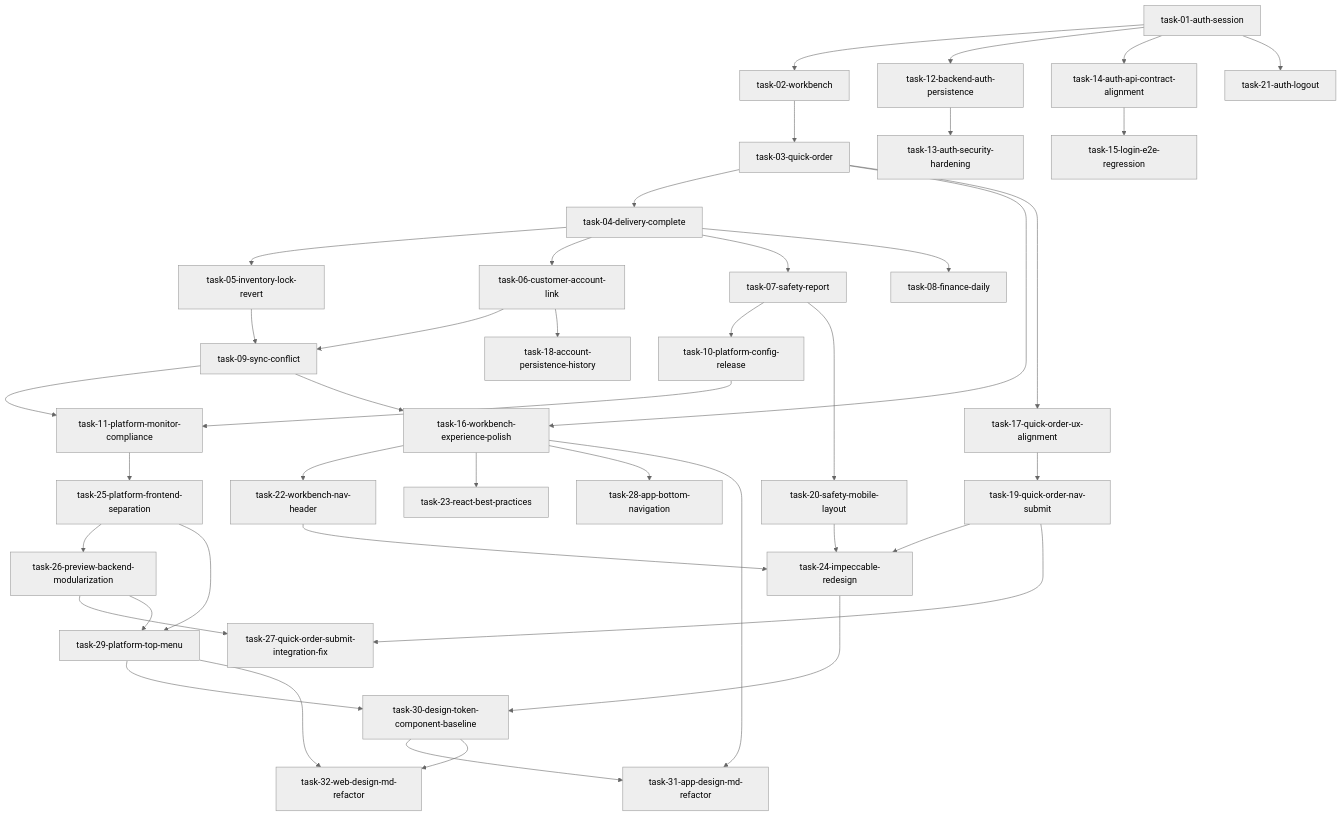
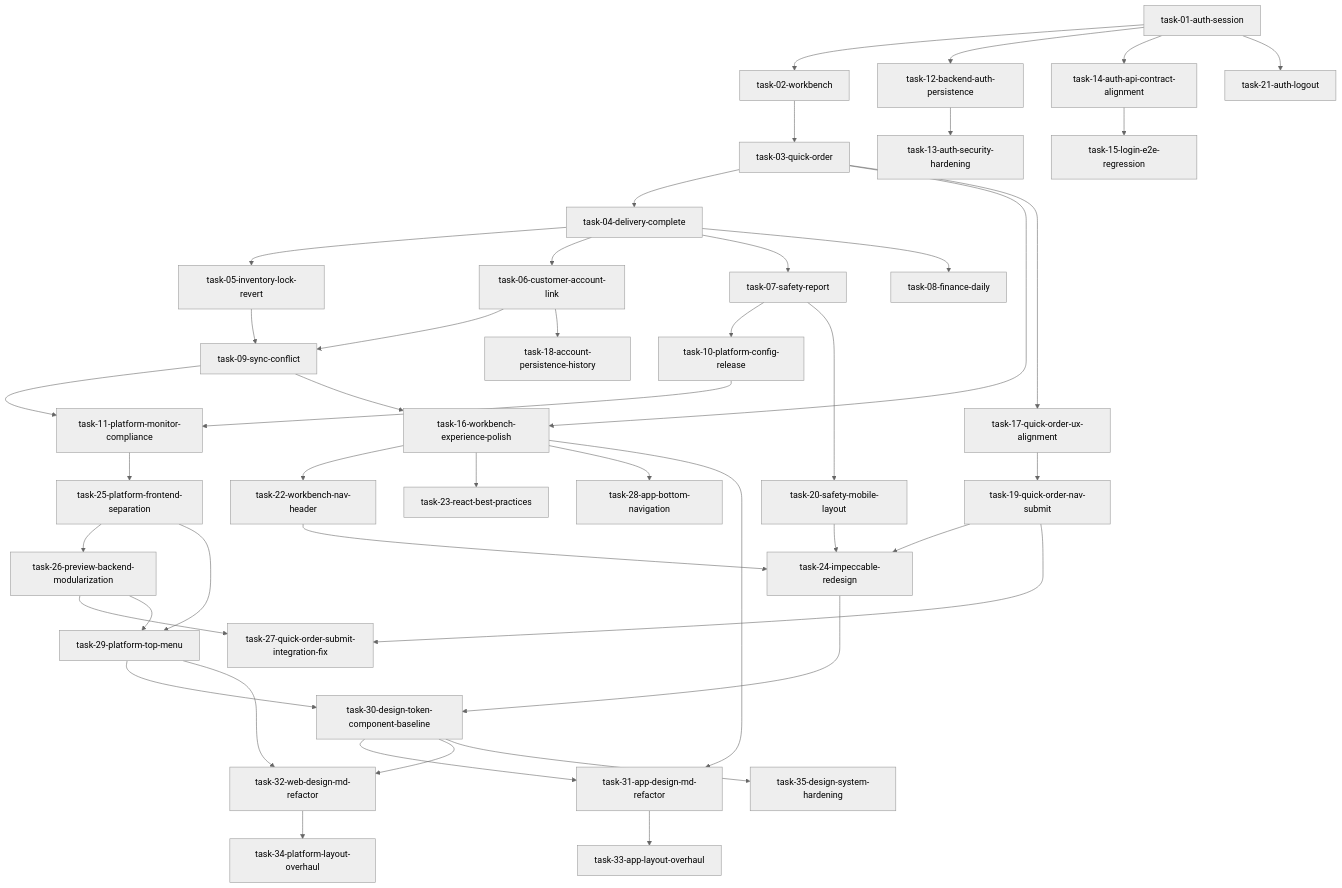
One commit to PojoZheng/lpg_gas_project changed the diagram in .trellis/tasks/feature-task-map.md. Above: the diagram before and after it, drawn with Mermaid (neutral theme). The commit also changed other lines of this file and 6 other files, not shown here.

````diff
--- a/.trellis/tasks/feature-task-map.md
+++ b/.trellis/tasks/feature-task-map.md
@@ -33,44 +36,47 @@
 ```mermaid
 flowchart TD
 t01[task-01-auth-session] --> t02[task-02-workbench]
 t02 --> t03[task-03-quick-order]
 t03 --> t04[task-04-delivery-complete]
 t04 --> t05[task-05-inventory-lock-revert]
 t04 --> t06[task-06-customer-account-link]
 t04 --> t07[task-07-safety-report]
 t04 --> t08[task-08-finance-daily]
 t05 --> t09[task-09-sync-conflict]
 t06 --> t09
 t07 --> t10[task-10-platform-config-release]
 t09 --> t11[task-11-platform-monitor-compliance]
 t10 --> t11
 t01 --> t12[task-12-backend-auth-persistence]
 t12 --> t13[task-13-auth-security-hardening]
 t01 --> t14[task-14-auth-api-contract-alignment]
 t14 --> t15[task-15-login-e2e-regression]
 t03 --> t16[task-16-workbench-experience-polish]
 t09 --> t16
 t03 --> t17[task-17-quick-order-ux-alignment]
 t06 --> t18[task-18-account-persistence-history]
 t17 --> t19[task-19-quick-order-nav-submit]
 t07 --> t20[task-20-safety-mobile-layout]
 t01 --> t21[task-21-auth-logout]
 t16 --> t22[task-22-workbench-nav-header]
 t16 --> t23[task-23-react-best-practices]
 t19 --> t24[task-24-impeccable-redesign]
 t20 --> t24
 t22 --> t24
 t11 --> t25[task-25-platform-frontend-separation]
 t25 --> t26[task-26-preview-backend-modularization]
 t19 --> t27[task-27-quick-order-submit-integration-fix]
 t26 --> t27
 t16 --> t28[task-28-app-bottom-navigation]
 t25 --> t29[task-29-platform-top-menu]
 t26 --> t29
 t24 --> t30[task-30-design-token-component-baseline]
 t29 --> t30
 t16 --> t31[task-31-app-design-md-refactor]
 t30 --> t31
 t29 --> t32[task-32-web-design-md-refactor]
 t30 --> t32
+t31 --> t33[task-33-app-layout-overhaul]
+t32 --> t34[task-34-platform-layout-overhaul]
+t30 --> t35[task-35-design-system-hardening]
 ```
````
